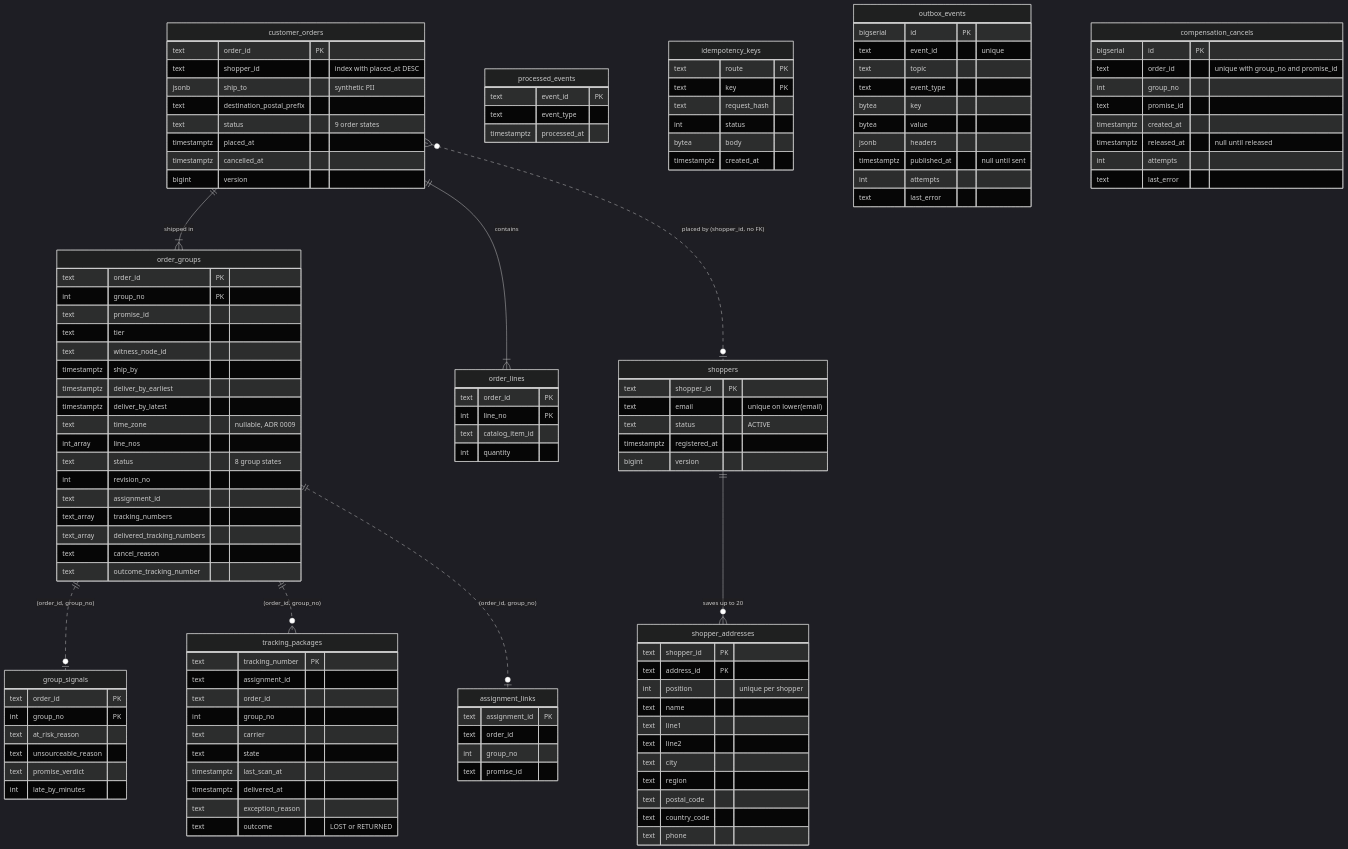
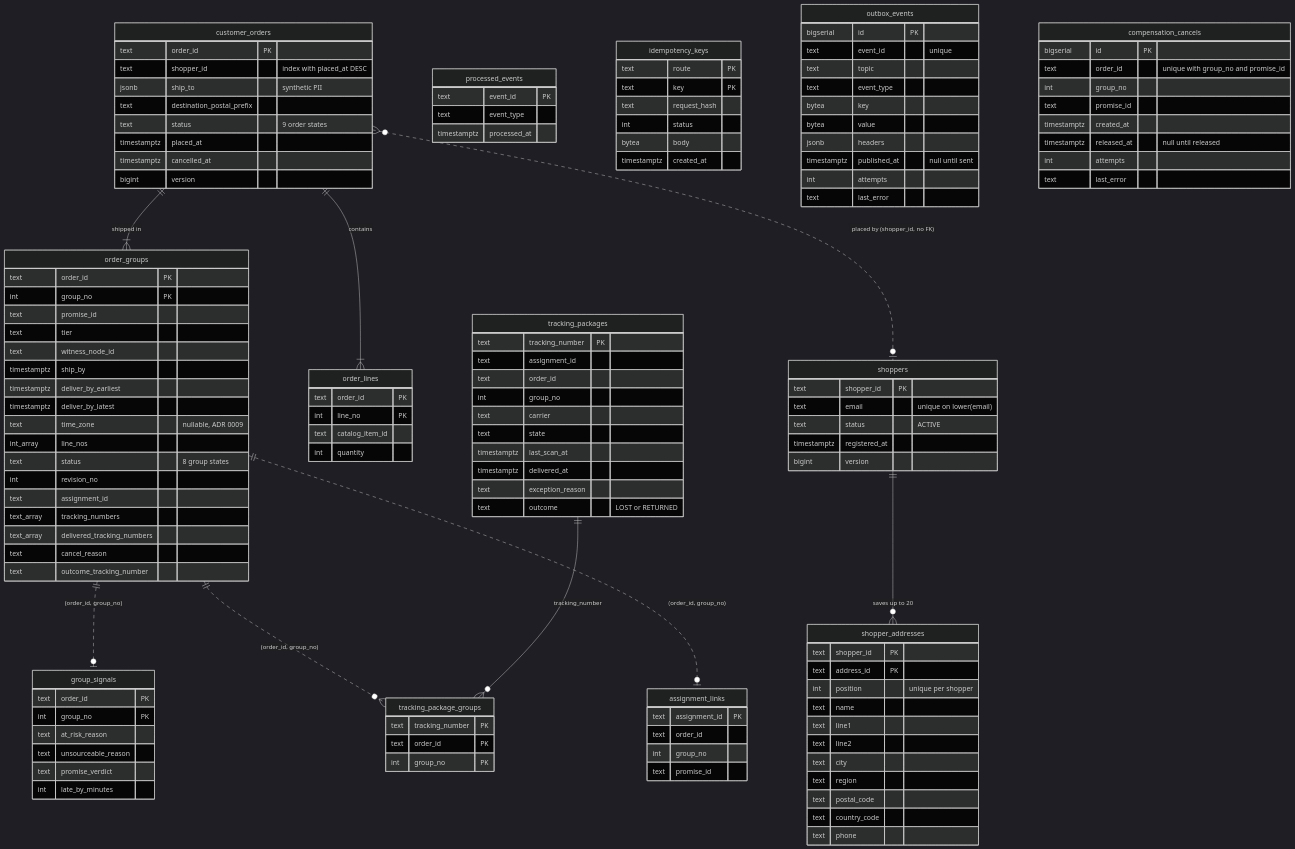
One commit to IQVO/customer-ordering changed the diagram in docs/docs/ddd/entity-relationship.md. Above: the diagram before and after it, drawn with Mermaid (dark theme). The commit also changed other lines of this file and 9 other files, not shown here.

Commit message:
docs,test: shared tracking numbers in the event docs, the ER diagram and an end-to-end test (ADR 0012)

```diff
--- a/docs/docs/ddd/entity-relationship.md
+++ b/docs/docs/ddd/entity-relationship.md
@@ -21,7 +21,8 @@
   customer_orders ||--|{ order_groups : "shipped in"
   customer_orders }o..o| shoppers : "placed by (shopper_id, no FK)"
   order_groups ||..o| group_signals : "(order_id, group_no)"
-  order_groups ||..o{ tracking_packages : "(order_id, group_no)"
+  order_groups ||..o{ tracking_package_groups : "(order_id, group_no)"
+  tracking_packages ||--o{ tracking_package_groups : "tracking_number"
   order_groups ||..o| assignment_links : "(order_id, group_no)"
 
   shoppers {
@@ -99,6 +100,11 @@
     text exception_reason
     text outcome "LOST or RETURNED"
   }
+  tracking_package_groups {
+    text tracking_number PK
+    text order_id PK
+    int group_no PK
+  }
   assignment_links {
     text assignment_id PK
     text order_id
```
